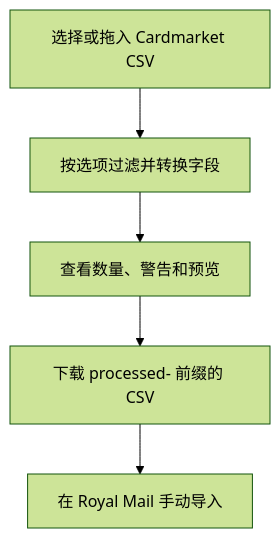
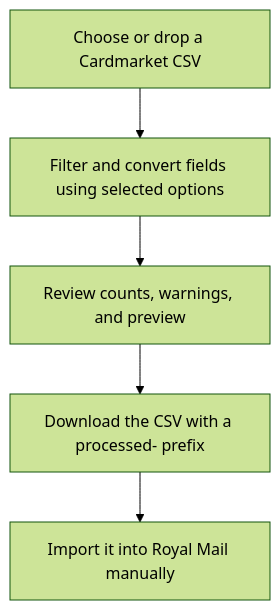
Before and after one commit to tjx0726/P9_Tampermonkey: the diagram in royal-mail-csv/README.md, drawn with Mermaid (forest theme). The commit also changed other lines of this file and 5 other files, not shown here.

````diff
--- a/royal-mail-csv/README.md
+++ b/royal-mail-csv/README.md
@@ -28,7 +30,7 @@
 ```mermaid
 flowchart TD
-    A[选择或拖入 Cardmarket CSV] --> B[按选项过滤并转换字段]
-    B --> C[查看数量、警告和预览]
-    C --> D[下载 processed- 前缀的 CSV]
-    D --> E[在 Royal Mail 手动导入]
+    A[Choose or drop a Cardmarket CSV] --> B[Filter and convert fields using selected options]
+    B --> C[Review counts, warnings, and preview]
+    C --> D[Download the CSV with a processed- prefix]
+    D --> E[Import it into Royal Mail manually]
 ```
````
